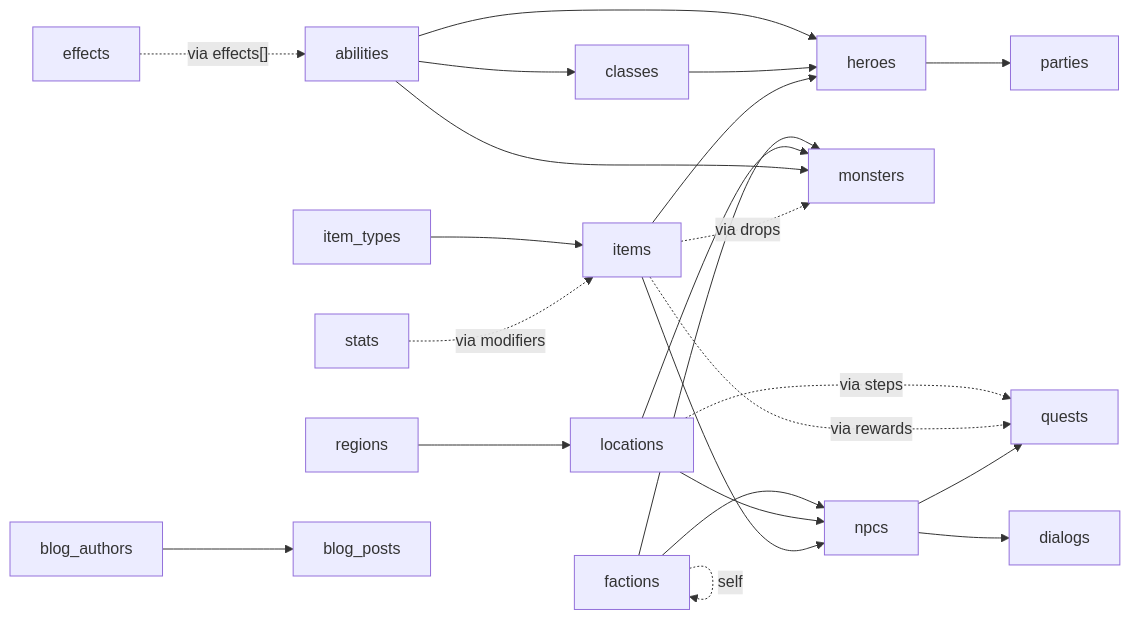
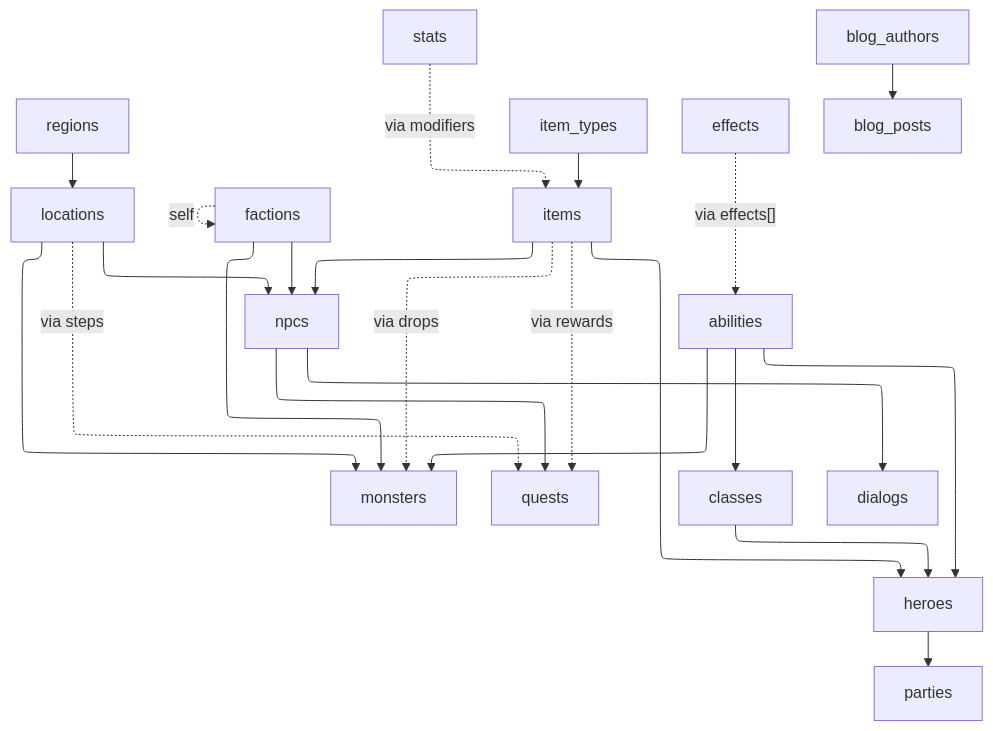
One commit to revisium/demo-rpg-docs changed the diagram in architecture/specs/schemas.md. Above: the diagram before and after it, drawn with Mermaid.

Commit message:
Address PR review: FK graph uses flowchart TB + elk renderer per CLAUDE.md convention

````diff
--- a/architecture/specs/schemas.md
+++ b/architecture/specs/schemas.md
@@ -569,25 +569,26 @@
 ```mermaid
-flowchart LR
+%%{init: {"flowchart": {"defaultRenderer": "elk"}}}%%
+flowchart TB
   regions --> locations
   factions -.self.-> factions
   factions --> npcs
   factions --> monsters
   locations --> npcs
   locations --> monsters
   locations -.via steps.-> quests
   item_types --> items
   stats -.via modifiers.-> items
   effects -.via effects[].-> abilities
   abilities --> classes
   abilities --> heroes
   abilities --> monsters
   classes --> heroes
   items --> heroes
   items --> npcs
   items -.via drops.-> monsters
   items -.via rewards.-> quests
   npcs --> quests
   npcs --> dialogs
   heroes --> parties
   blog_authors --> blog_posts
 ```
````
